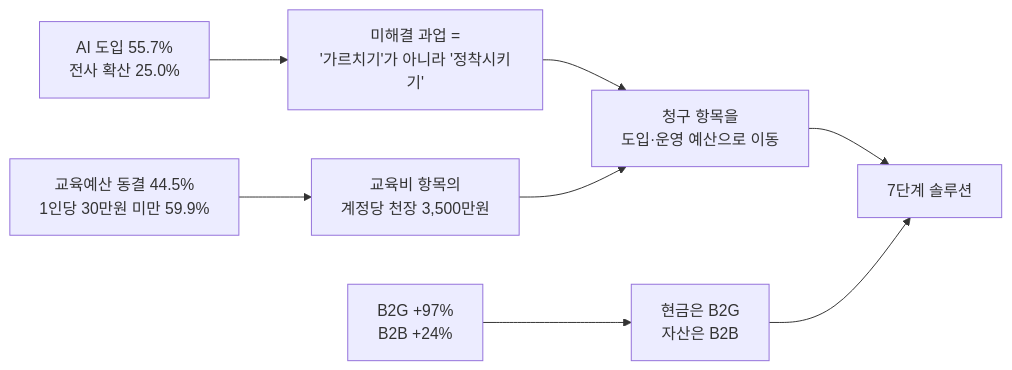
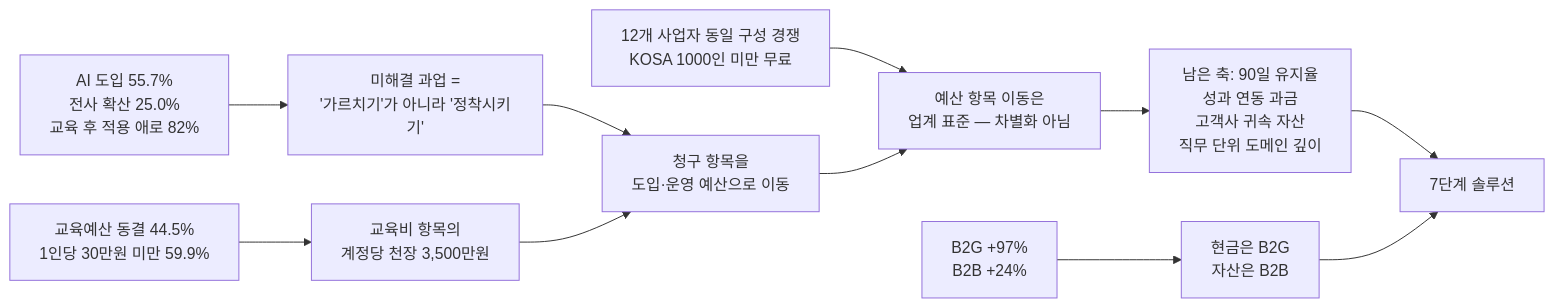
The fifth of 6 diagrams in deep-research/case-ai-ax-edtech.md (happai079/business-research-kokjip), drawn with Mermaid before and after one commit. The commit also changed other lines of this file and 4 other files, not shown here.

````diff
--- a/deep-research/case-ai-ax-edtech.md
+++ b/deep-research/case-ai-ax-edtech.md
@@ -390,10 +544,13 @@
 ```mermaid
 graph LR
-    A["AI 도입 55.7%<br/>전사 확산 25.0%"] --> B["미해결 과업 =<br/>'가르치기'가 아니라 '정착시키기'"]
+    A["AI 도입 55.7%<br/>전사 확산 25.0%<br/>교육 후 적용 애로 82%"] --> B["미해결 과업 =<br/>'가르치기'가 아니라 '정착시키기'"]
     C["교육예산 동결 44.5%<br/>1인당 30만원 미만 59.9%"] --> D["교육비 항목의<br/>계정당 천장 3,500만원"]
     B --> E["청구 항목을<br/>도입·운영 예산으로 이동"]
     D --> E
     F["B2G +97%<br/>B2B +24%"] --> G["현금은 B2G<br/>자산은 B2B"]
-    E --> H["7단계 솔루션"]
+    I["12개 사업자 동일 구성 경쟁<br/>KOSA 1000인 미만 무료"] --> J["예산 항목 이동은<br/>업계 표준 — 차별화 아님"]
+    E --> J
+    J --> K["남은 축: 90일 유지율<br/>성과 연동 과금<br/>고객사 귀속 자산<br/>직무 단위 도메인 깊이"]
+    K --> H["7단계 솔루션"]
     G --> H
 ```
````
